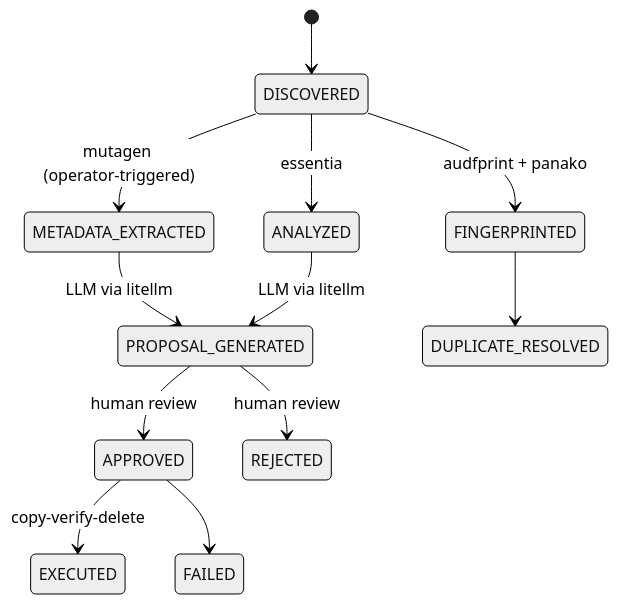
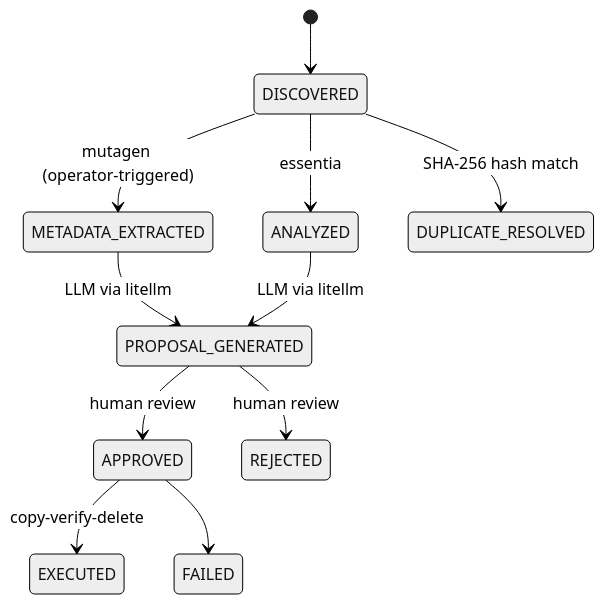
One commit to SimplicityGuy/phaze changed the second of 2 diagrams in README.md. Above: the diagram before and after it, drawn with Mermaid (neutral theme). The commit also changed other lines of this file and 14 other files, not shown here.

````diff
--- a/README.md
+++ b/README.md
@@ -169,14 +159,13 @@
 ```mermaid
 stateDiagram-v2
     [*] --> DISCOVERED
     DISCOVERED --> METADATA_EXTRACTED : mutagen (operator‑triggered)
-    DISCOVERED --> FINGERPRINTED : audfprint + panako
     DISCOVERED --> ANALYZED : essentia
+    DISCOVERED --> DUPLICATE_RESOLVED : SHA‑256 hash match
     METADATA_EXTRACTED --> PROPOSAL_GENERATED : LLM via litellm
     ANALYZED --> PROPOSAL_GENERATED : LLM via litellm
-    FINGERPRINTED --> DUPLICATE_RESOLVED
     PROPOSAL_GENERATED --> APPROVED : human review
     PROPOSAL_GENERATED --> REJECTED : human review
     APPROVED --> EXECUTED : copy‑verify‑delete
     APPROVED --> FAILED
 ```
````
